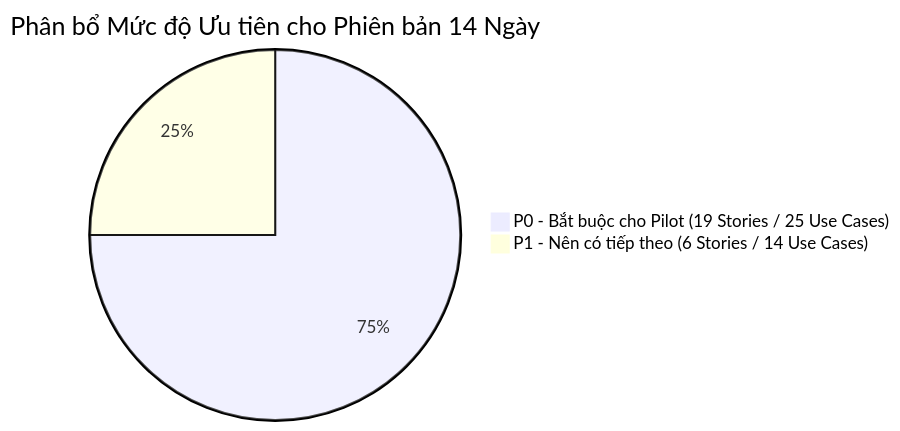
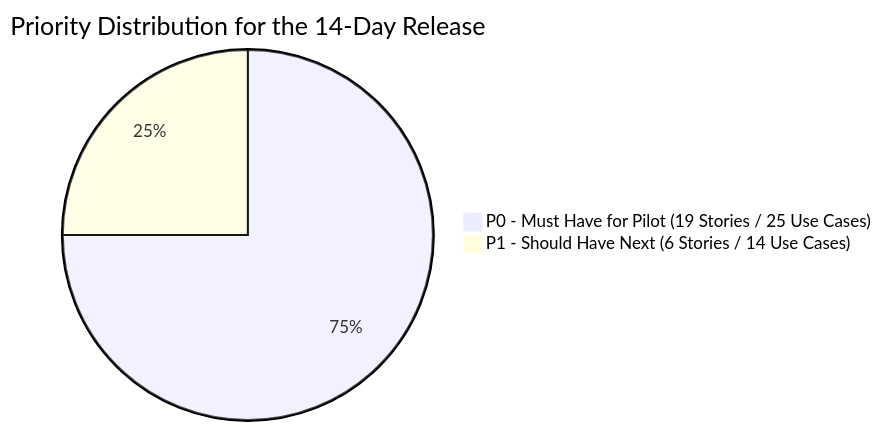
One commit to cuonglpv/VFast changed the first of 2 diagrams in docs/01-MVP.md. Above: the diagram before and after it, drawn with Mermaid. The commit also changed other lines of this file and 1 other file, not shown here.

Commit message:
docs: translate MVP specification and user stories to English

````diff
--- a/docs/01-MVP.md
+++ b/docs/01-MVP.md
@@ -46,5 +46,5 @@
 ```mermaid
-pie title Phân bổ Mức độ Ưu tiên cho Phiên bản 14 Ngày
-    "P0 - Bắt buộc cho Pilot (19 Stories / 25 Use Cases)" : 75
-    "P1 - Nên có tiếp theo (6 Stories / 14 Use Cases)" : 25
+pie title Priority Distribution for the 14-Day Release
+    "P0 - Must Have for Pilot (19 Stories / 25 Use Cases)" : 75
+    "P1 - Should Have Next (6 Stories / 14 Use Cases)" : 25
 ```
````
